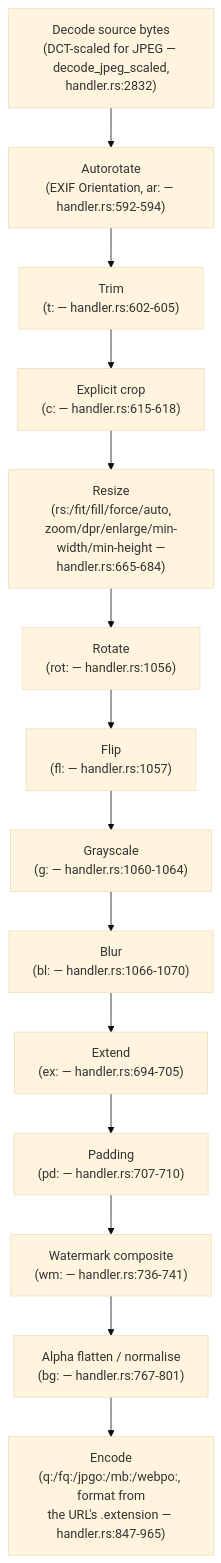
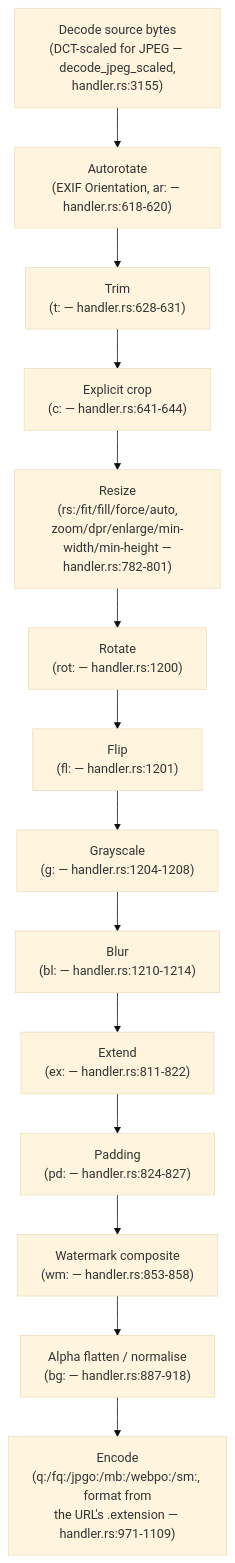
The diagram in docs/user-guide/api-reference.md (vaam-store/image-resizer), drawn with Mermaid (base theme) before and after one commit. The commit also changed other lines of this file and 7 other files, not shown here.

````diff
--- a/docs/user-guide/api-reference.md
+++ b/docs/user-guide/api-reference.md
@@ -330,16 +334,16 @@
 ```mermaid
 flowchart TD
-    A["Decode source bytes<br/>(DCT-scaled for JPEG — decode_jpeg_scaled,<br/>handler.rs:2832)"] --> B["Autorotate<br/>(EXIF Orientation, ar: — handler.rs:592-594)"]
-    B --> C["Trim<br/>(t: — handler.rs:602-605)"]
-    C --> D["Explicit crop<br/>(c: — handler.rs:615-618)"]
-    D --> E["Resize<br/>(rs:/fit/fill/force/auto,<br/>zoom/dpr/enlarge/min-width/min-height —<br/>handler.rs:665-684)"]
-    E --> F["Rotate<br/>(rot: — handler.rs:1056)"]
-    F --> G["Flip<br/>(fl: — handler.rs:1057)"]
-    G --> H["Grayscale<br/>(g: — handler.rs:1060-1064)"]
-    H --> I["Blur<br/>(bl: — handler.rs:1066-1070)"]
-    I --> J["Extend<br/>(ex: — handler.rs:694-705)"]
-    J --> K["Padding<br/>(pd: — handler.rs:707-710)"]
-    K --> L["Watermark composite<br/>(wm: — handler.rs:736-741)"]
-    L --> M["Alpha flatten / normalise<br/>(bg: — handler.rs:767-801)"]
-    M --> N["Encode<br/>(q:/fq:/jpgo:/mb:/webpo:, format from<br/>the URL's .extension — handler.rs:847-965)"]
+    A["Decode source bytes<br/>(DCT-scaled for JPEG — decode_jpeg_scaled,<br/>handler.rs:3155)"] --> B["Autorotate<br/>(EXIF Orientation, ar: — handler.rs:618-620)"]
+    B --> C["Trim<br/>(t: — handler.rs:628-631)"]
+    C --> D["Explicit crop<br/>(c: — handler.rs:641-644)"]
+    D --> E["Resize<br/>(rs:/fit/fill/force/auto,<br/>zoom/dpr/enlarge/min-width/min-height —<br/>handler.rs:782-801)"]
+    E --> F["Rotate<br/>(rot: — handler.rs:1200)"]
+    F --> G["Flip<br/>(fl: — handler.rs:1201)"]
+    G --> H["Grayscale<br/>(g: — handler.rs:1204-1208)"]
+    H --> I["Blur<br/>(bl: — handler.rs:1210-1214)"]
+    I --> J["Extend<br/>(ex: — handler.rs:811-822)"]
+    J --> K["Padding<br/>(pd: — handler.rs:824-827)"]
+    K --> L["Watermark composite<br/>(wm: — handler.rs:853-858)"]
+    L --> M["Alpha flatten / normalise<br/>(bg: — handler.rs:887-918)"]
+    M --> N["Encode<br/>(q:/fq:/jpgo:/mb:/webpo:/sm:, format from<br/>the URL's .extension — handler.rs:971-1109)"]
 ```
````
